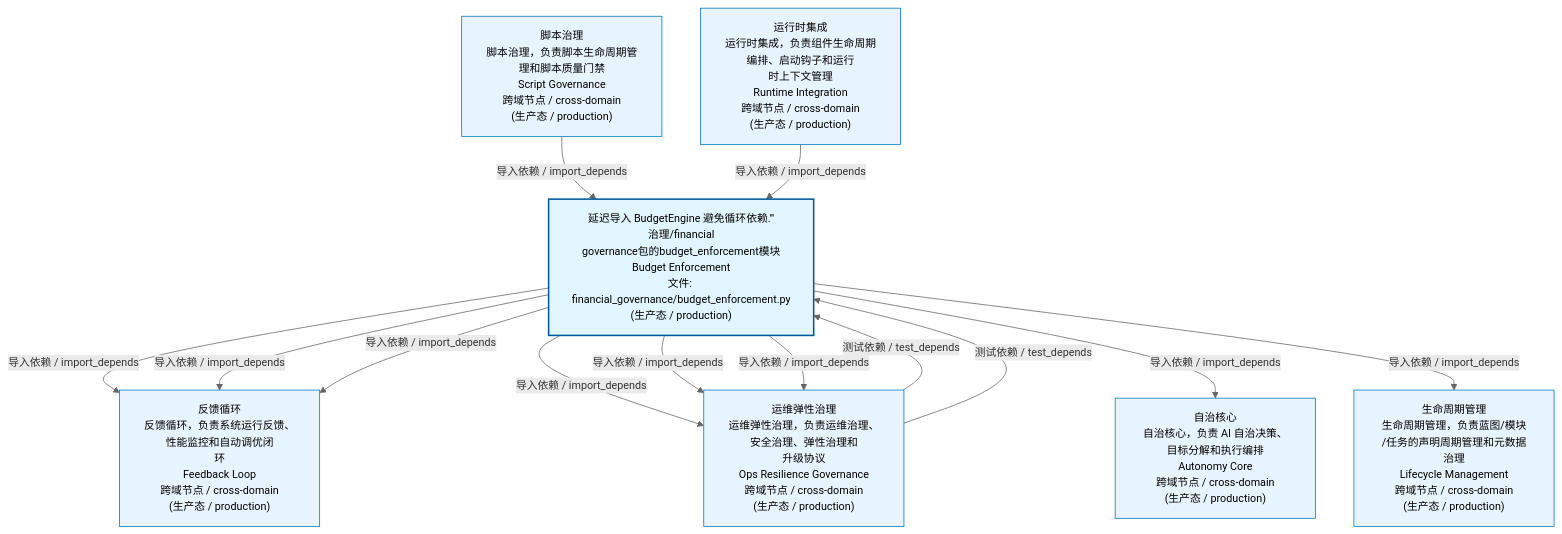
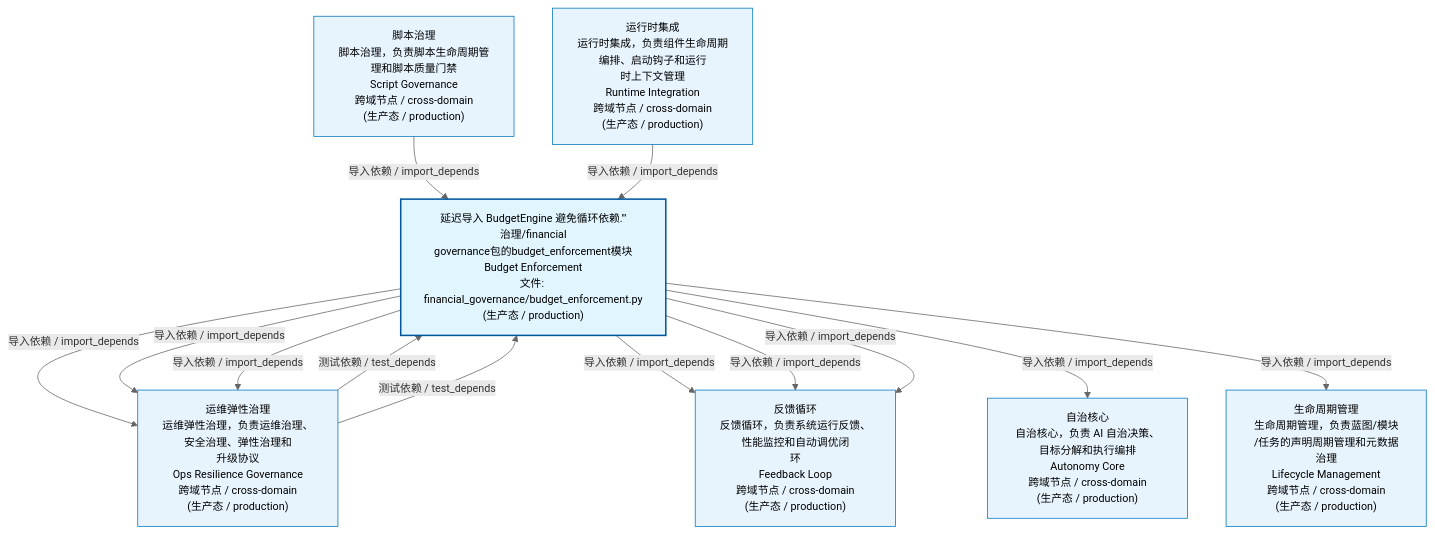
One commit to xuanFelixVan/ZephyrAlpha changed the first of 3 diagrams in docs/02_enterprise_architecture/02_domain_architecture_docs/54_d_gov_repair.md. Above: the diagram before and after it, drawn with Mermaid. The commit also changed 47 other files, not shown here.

````diff
--- a/docs/02_enterprise_architecture/02_domain_architecture_docs/54_d_gov_repair.md
+++ b/docs/02_enterprise_architecture/02_domain_architecture_docs/54_d_gov_repair.md
@@ -53,29 +53,29 @@
 ```mermaid
 %%{init: {'theme': 'base', 'themeVariables': {'primaryColor': '#eaeaea', 'primaryTextColor': '#333333', 'primaryBorderColor': '#666666', 'lineColor': '#666666', 'secondaryColor': '#eaeaea', 'tertiaryColor': '#eaeaea', 'fontSize': '14px'}}}%%
 flowchart TD
     src_zephyr_governance_financial_governance_budget_enforcement_py["延迟导入 BudgetEngine 避免循环依赖.'''<br/>治理/financial<br/>governance包的budget_enforcement模块<br/>Budget Enforcement<br/>文件: financial_governance/budget_enforcement.py<br/>(生产态 / production)"]
+    D_GOV_OPS_RESILIENCE["运维弹性治理<br/>运维弹性治理，负责运维治理、安全治理、弹性治理和<br/>升级协议<br/>Ops Resilience Governance<br/>跨域节点 / cross-domain<br/>(生产态 / production)"]
+    src_zephyr_governance_financial_governance_budget_enforcement_py -->|导入依赖 / import_depends| D_GOV_OPS_RESILIENCE
     D_OPS["反馈循环<br/>反馈循环，负责系统运行反馈、性能监控和自动调优闭<br/>环<br/>Feedback Loop<br/>跨域节点 / cross-domain<br/>(生产态 / production)"]
     src_zephyr_governance_financial_governance_budget_enforcement_py -->|导入依赖 / import_depends| D_OPS
-    D_GOV_OPS_RESILIENCE["运维弹性治理<br/>运维弹性治理，负责运维治理、安全治理、弹性治理和<br/>升级协议<br/>Ops Resilience Governance<br/>跨域节点 / cross-domain<br/>(生产态 / production)"]
-    src_zephyr_governance_financial_governance_budget_enforcement_py -->|导入依赖 / import_depends| D_GOV_OPS_RESILIENCE
     src_zephyr_governance_financial_governance_budget_enforcement_py -->|导入依赖 / import_depends| D_OPS
     src_zephyr_governance_financial_governance_budget_enforcement_py -->|导入依赖 / import_depends| D_GOV_OPS_RESILIENCE
     src_zephyr_governance_financial_governance_budget_enforcement_py -->|导入依赖 / import_depends| D_GOV_OPS_RESILIENCE
     src_zephyr_governance_financial_governance_budget_enforcement_py -->|导入依赖 / import_depends| D_OPS
     D_AUTONOMY_CORE["自治核心<br/>自治核心，负责 AI 自治决策、目标分解和执行编排<br/>Autonomy Core<br/>跨域节点 / cross-domain<br/>(生产态 / production)"]
     src_zephyr_governance_financial_governance_budget_enforcement_py -->|导入依赖 / import_depends| D_AUTONOMY_CORE
     D_GOVERNANCE["生命周期管理<br/>生命周期管理，负责蓝图/模块<br/>/任务的声明周期管理和元数据治理<br/>Lifecycle Management<br/>跨域节点 / cross-domain<br/>(生产态 / production)"]
     src_zephyr_governance_financial_governance_budget_enforcement_py -->|导入依赖 / import_depends| D_GOVERNANCE
-    D_GOV_OPS_RESILIENCE -->|测试依赖 / test_depends| src_zephyr_governance_financial_governance_budget_enforcement_py
     D_GOV_SCRIPTS["脚本治理<br/>脚本治理，负责脚本生命周期管理和脚本质量门禁<br/>Script Governance<br/>跨域节点 / cross-domain<br/>(生产态 / production)"]
     D_GOV_SCRIPTS -->|导入依赖 / import_depends| src_zephyr_governance_financial_governance_budget_enforcement_py
+    D_GOV_OPS_RESILIENCE -->|测试依赖 / test_depends| src_zephyr_governance_financial_governance_budget_enforcement_py
     D_INFRA_RUNTIME["运行时集成<br/>运行时集成，负责组件生命周期编排、启动钩子和运行<br/>时上下文管理<br/>Runtime Integration<br/>跨域节点 / cross-domain<br/>(生产态 / production)"]
     D_INFRA_RUNTIME -->|导入依赖 / import_depends| src_zephyr_governance_financial_governance_budget_enforcement_py
     D_GOV_OPS_RESILIENCE -->|测试依赖 / test_depends| src_zephyr_governance_financial_governance_budget_enforcement_py
     classDef production fill:#e1f5fe,stroke:#01579b,stroke-width:2px,color:#000
     classDef design fill:#fff3e0,stroke:#e65100,stroke-width:2px,color:#000,stroke-dasharray: 5 5
     classDef external_prod fill:#e8f4fd,stroke:#0277bd,stroke-width:1px,color:#000
     classDef external_design fill:#fff8e7,stroke:#ef6c00,stroke-width:1px,color:#000,stroke-dasharray: 5 5
     class src_zephyr_governance_financial_governance_budget_enforcement_py production
-    class D_OPS,D_GOV_OPS_RESILIENCE,D_AUTONOMY_CORE,D_GOVERNANCE,D_GOV_SCRIPTS,D_INFRA_RUNTIME external_prod
+    class D_GOV_OPS_RESILIENCE,D_OPS,D_AUTONOMY_CORE,D_GOVERNANCE,D_GOV_SCRIPTS,D_INFRA_RUNTIME external_prod
 ```
````
